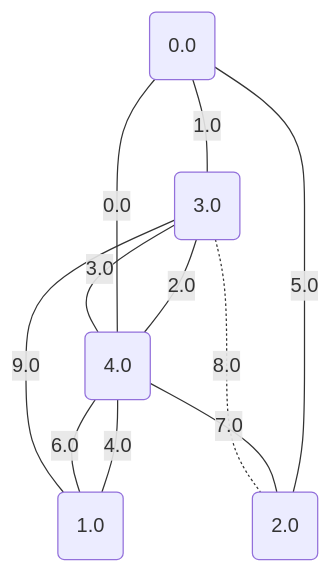
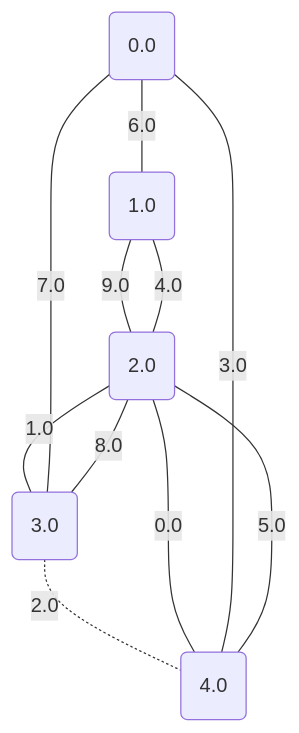
One commit to metury/graphs changed diagram 12 of 17 in project/src/testing/showcase/minCutPetersen.md. Above: the diagram before and after it, drawn with Mermaid. The commit also changed other lines of this file and 34 other files, not shown here.

````diff
--- a/project/src/testing/showcase/minCutPetersen.md
+++ b/project/src/testing/showcase/minCutPetersen.md
@@ -314,18 +314,18 @@
 ```mermaid
 graph TD;
 	0("0.0");
 	1("1.0");
 	2("2.0");
 	3("3.0");
 	4("4.0");
-	4 -- "0.0" --- 0;
-	0 -- "1.0" --- 3;
-	3 -- "2.0" --- 4;
-	4 -- "3.0" --- 3;
-	4 -- "4.0" --- 1;
-	0 -- "5.0" --- 2;
-	4 -- "6.0" --- 1;
-	4 -- "7.0" --- 2;
-	3 -. "8.0" -.- 2;
-	1 -- "9.0" --- 3;
+	4 -- "0.0" --- 2;
+	2 -- "1.0" --- 3;
+	3 -. "2.0" -.- 4;
+	4 -- "3.0" --- 0;
+	2 -- "4.0" --- 1;
+	4 -- "5.0" --- 2;
+	0 -- "6.0" --- 1;
+	0 -- "7.0" --- 3;
+	2 -- "8.0" --- 3;
+	1 -- "9.0" --- 2;
 ```
````
